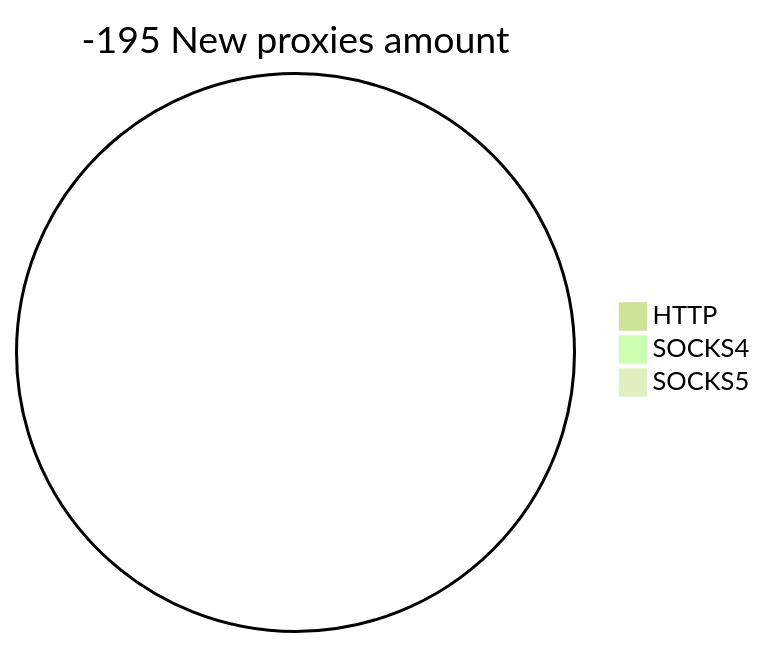
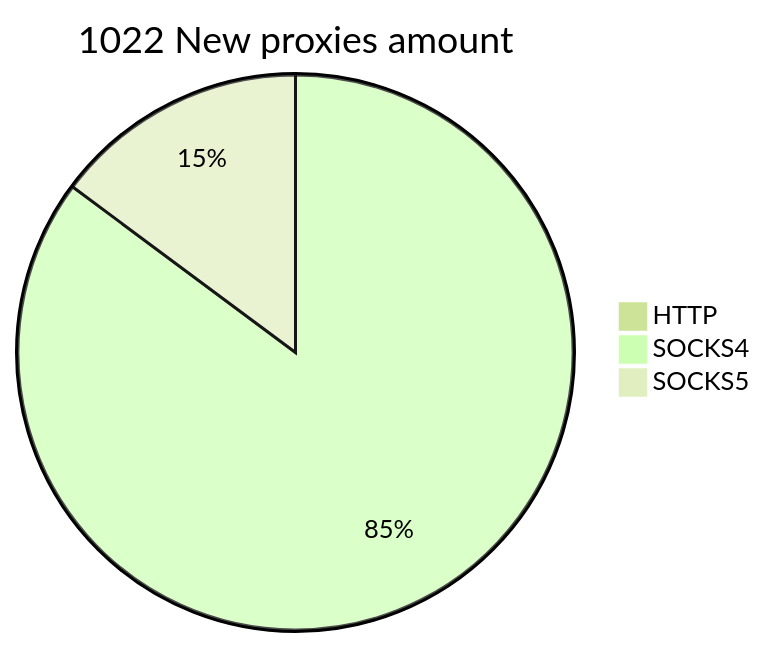
One commit to cutipu/proxylist changed the second of 2 diagrams in README.md. Above: the diagram before and after it, drawn with Mermaid (forest theme). The commit also changed other lines of this file, not shown here.

````diff
--- a/README.md
+++ b/README.md
@@ -10,6 +10,6 @@
 ```mermaid
-pie title -195 New proxies amount
+pie title 1022 New proxies amount
     "HTTP" : 0
-    "SOCKS4" : 0
-    "SOCKS5" : 0
+    "SOCKS4" : 971
+    "SOCKS5" : 169
 ```
````
